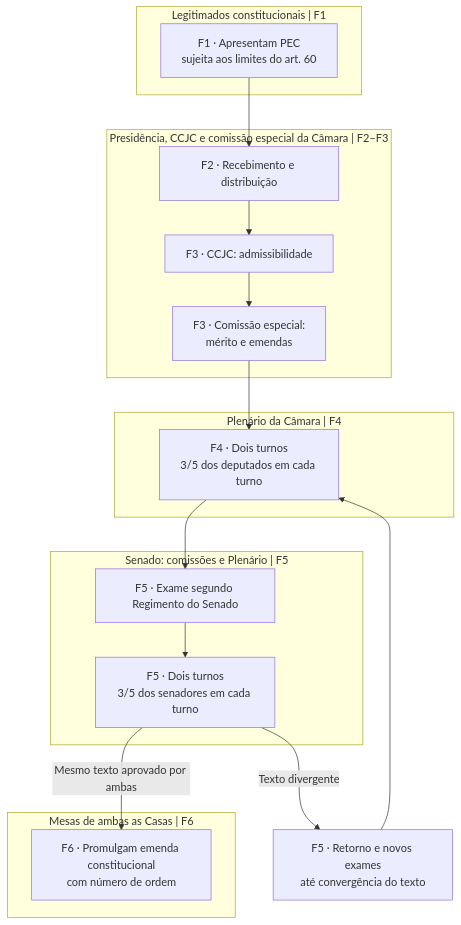
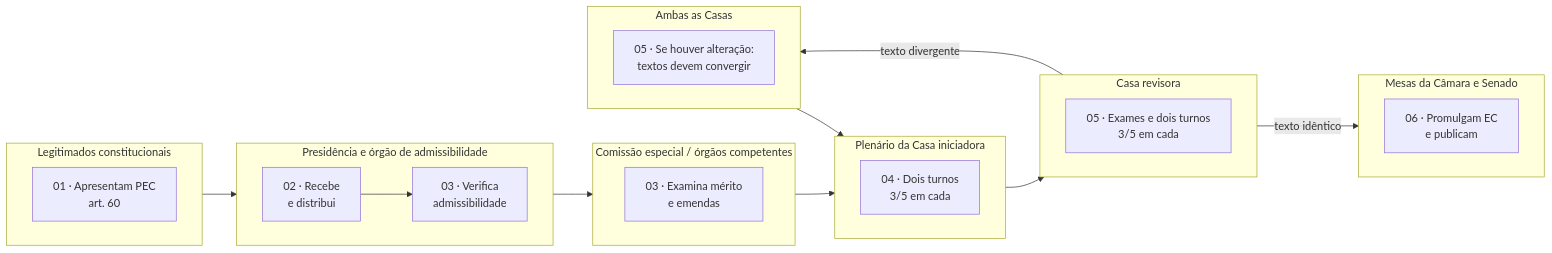
Before and after one commit to leorruas/concursos: the third of 10 diagrams in 3 - Materias/Direito Constitucional/38 - blueprints do processo legislativo por especie normativa.md, drawn with Mermaid. The commit also changed other lines of this file, not shown here.

Commit message:
docs: transformar blueprints por espécie em faixas de atores e fases com links de apoio

````diff
--- a/3 - Materias/Direito Constitucional/38 - blueprints do processo legislativo por especie normativa.md
+++ b/3 - Materias/Direito Constitucional/38 - blueprints do processo legislativo por especie normativa.md
@@ -110,25 +107,35 @@
 ```mermaid
-flowchart TB
- subgraph AUT["Legitimados constitucionais | F1"]
- A["F1 · Apresentam PEC<br/>sujeita aos limites do art. 60"]
- end
- subgraph CD["Presidência, CCJC e comissão especial da Câmara | F2–F3"]
- B["F2 · Recebimento e distribuição"]
- C["F3 · CCJC: admissibilidade"]
- D["F3 · Comissão especial:<br/>mérito e emendas"]
- end
- subgraph CAM["Plenário da Câmara | F4"]
- E["F4 · Dois turnos<br/>3/5 dos deputados em cada turno"]
- end
- subgraph SEN["Senado: comissões e Plenário | F5"]
- F["F5 · Exame segundo Regimento do Senado"]
- G["F5 · Dois turnos<br/>3/5 dos senadores em cada turno"]
- end
- subgraph MESAS["Mesas de ambas as Casas | F6"]
- H["F6 · Promulgam emenda constitucional<br/>com número de ordem"]
- end
- A --> B --> C --> D --> E --> F --> G
- G -->|Mesmo texto aprovado por ambas| H
- G -->|Texto divergente| I["F5 · Retorno e novos exames<br/>até convergência do texto"]
- I --> E
+flowchart LR
+  subgraph L0["Legitimados constitucionais"]
+    direction LR
+    a["01 · Apresentam PEC<br/>art. 60"]
+  end
+  subgraph L1["Presidência e órgão de admissibilidade"]
+    direction LR
+    b["02 · Recebe<br/>e distribui"]
+    c["03 · Verifica<br/>admissibilidade"]
+  end
+  subgraph L2["Comissão especial / órgãos competentes"]
+    direction LR
+    d["03 · Examina mérito<br/>e emendas"]
+  end
+  subgraph L3["Plenário da Casa iniciadora"]
+    direction LR
+    e["04 · Dois turnos<br/>3/5 em cada"]
+  end
+  subgraph L4["Casa revisora"]
+    direction LR
+    f["05 · Exames e dois turnos<br/>3/5 em cada"]
+  end
+  subgraph L5["Ambas as Casas"]
+    direction LR
+    g["05 · Se houver alteração:<br/>textos devem convergir"]
+  end
+  subgraph L6["Mesas da Câmara e Senado"]
+    direction LR
+    h["06 · Promulgam EC<br/>e publicam"]
+  end
+  a --> b --> c --> d --> e --> f
+  f -->|texto idêntico| h
+  f -->|texto divergente| g --> e
 ```
````
